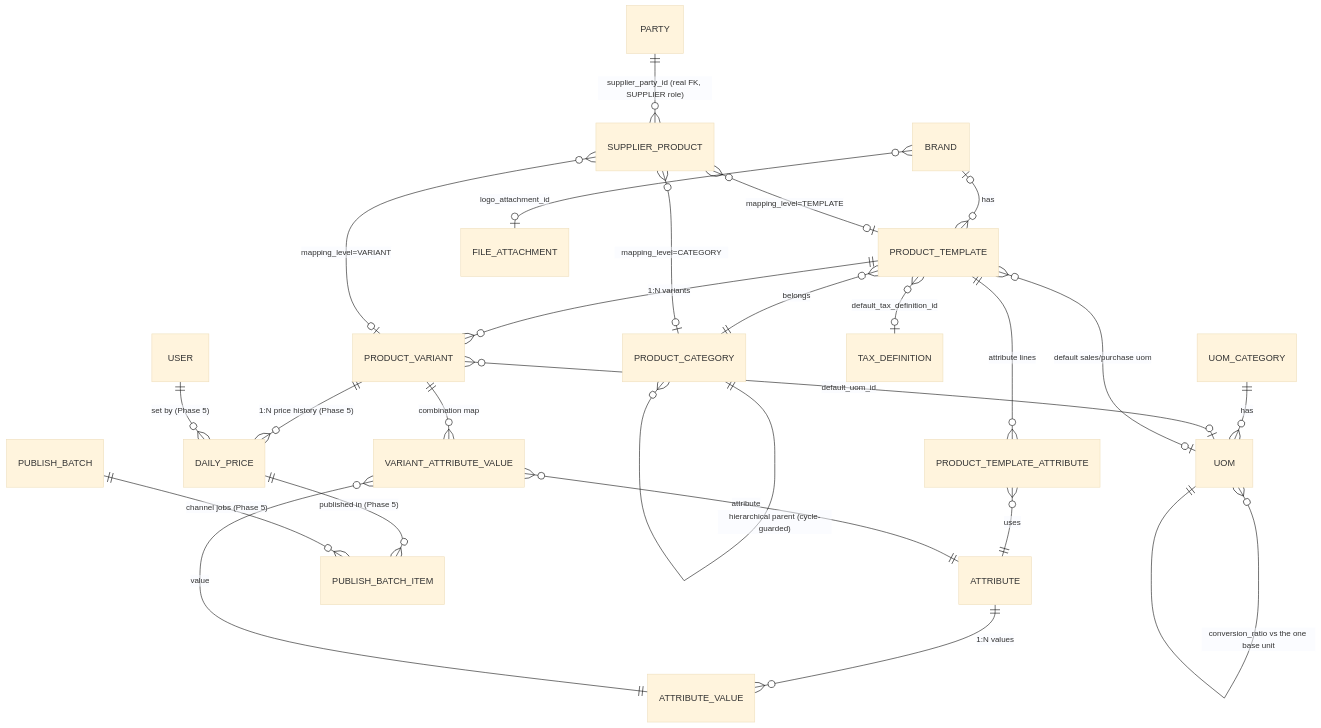
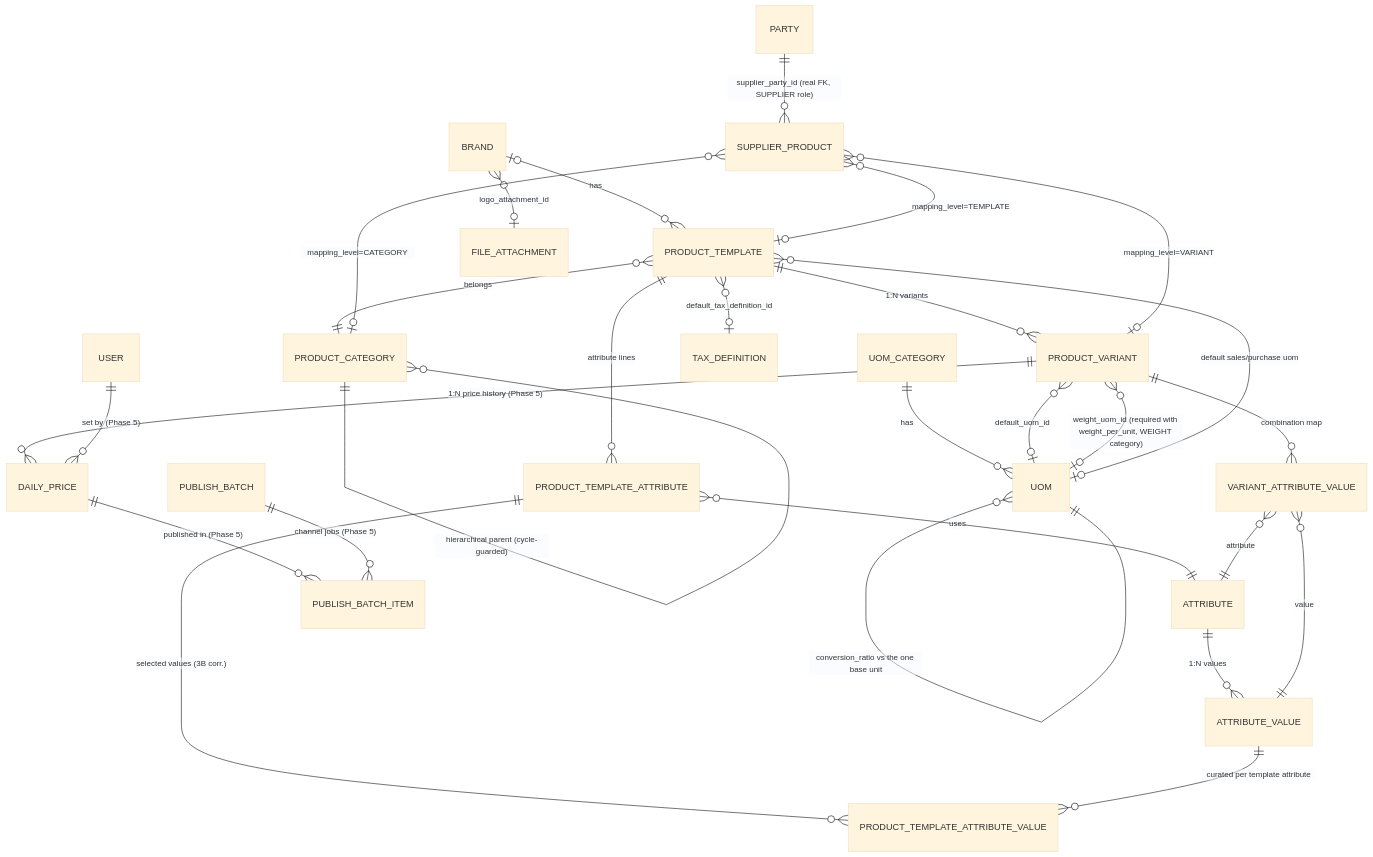
Before and after one commit to h08831n/tcerp2: the third of 8 diagrams in docs/02-erd.md, drawn with Mermaid (base theme). The commit also changed other lines of this file and 88 other files, not shown here.

````diff
--- a/docs/02-erd.md
+++ b/docs/02-erd.md
@@ -109,27 +129,30 @@
 ```mermaid
 erDiagram
     PRODUCT_CATEGORY ||--o{ PRODUCT_CATEGORY : "hierarchical parent (cycle-guarded)"
     BRAND |o--o{ PRODUCT_TEMPLATE : has
     BRAND }o--o| FILE_ATTACHMENT : "logo_attachment_id"
     PRODUCT_TEMPLATE }o--|| PRODUCT_CATEGORY : belongs
     UOM_CATEGORY ||--o{ UOM : has
     UOM }o--|| UOM : "conversion_ratio vs the one base unit"
     PRODUCT_TEMPLATE ||--o{ PRODUCT_TEMPLATE_ATTRIBUTE : "attribute lines"
     ATTRIBUTE ||--o{ ATTRIBUTE_VALUE : "1:N values"
     PRODUCT_TEMPLATE_ATTRIBUTE }o--|| ATTRIBUTE : uses
+    PRODUCT_TEMPLATE_ATTRIBUTE ||--o{ PRODUCT_TEMPLATE_ATTRIBUTE_VALUE : "selected values (3B corr.)"
+    ATTRIBUTE_VALUE ||--o{ PRODUCT_TEMPLATE_ATTRIBUTE_VALUE : "curated per template attribute"
     PRODUCT_TEMPLATE ||--o{ PRODUCT_VARIANT : "1:N variants"
     PRODUCT_VARIANT ||--o{ VARIANT_ATTRIBUTE_VALUE : "combination map"
     VARIANT_ATTRIBUTE_VALUE }o--|| ATTRIBUTE : attribute
     VARIANT_ATTRIBUTE_VALUE }o--|| ATTRIBUTE_VALUE : value
     PRODUCT_VARIANT }o--o| UOM : "default_uom_id"
+    PRODUCT_VARIANT }o--o| UOM : "weight_uom_id (required with weight_per_unit, WEIGHT category)"
     PRODUCT_TEMPLATE }o--o| UOM : "default sales/purchase uom"
     PRODUCT_TEMPLATE }o--o| TAX_DEFINITION : "default_tax_definition_id"
     PARTY ||--o{ SUPPLIER_PRODUCT : "supplier_party_id (real FK, SUPPLIER role)"
     SUPPLIER_PRODUCT }o--o| PRODUCT_VARIANT : "mapping_level=VARIANT"
     SUPPLIER_PRODUCT }o--o| PRODUCT_TEMPLATE : "mapping_level=TEMPLATE"
     SUPPLIER_PRODUCT }o--o| PRODUCT_CATEGORY : "mapping_level=CATEGORY"
     PRODUCT_VARIANT ||--o{ DAILY_PRICE : "1:N price history (Phase 5)"
     USER ||--o{ DAILY_PRICE : "set by (Phase 5)"
     DAILY_PRICE ||--o{ PUBLISH_BATCH_ITEM : "published in (Phase 5)"
     PUBLISH_BATCH ||--o{ PUBLISH_BATCH_ITEM : "channel jobs (Phase 5)"
 ```
````
